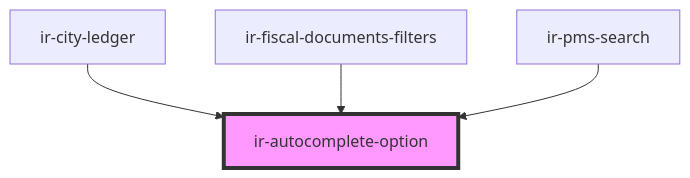
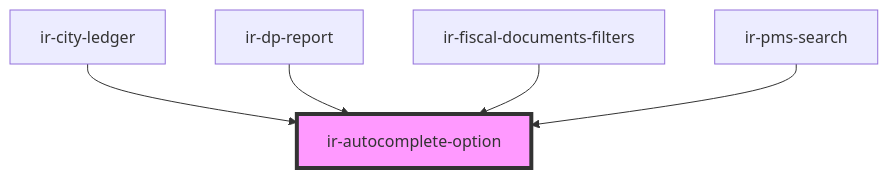
One commit to RonyRizk/ir-webcmp changed the diagram in src/components/ui/ir-autocomplete/ir-autocomplete-option/readme.md. Above: the diagram before and after it, drawn with Mermaid. The commit also changed other lines of this file and 16 other files, not shown here.

````diff
--- a/src/components/ui/ir-autocomplete/ir-autocomplete-option/readme.md
+++ b/src/components/ui/ir-autocomplete/ir-autocomplete-option/readme.md
@@ -28,7 +29,8 @@
 ```mermaid
 graph TD;
   ir-city-ledger --> ir-autocomplete-option
+  ir-dp-report --> ir-autocomplete-option
   ir-fiscal-documents-filters --> ir-autocomplete-option
   ir-pms-search --> ir-autocomplete-option
   style ir-autocomplete-option fill:#f9f,stroke:#333,stroke-width:4px
 ```
````
